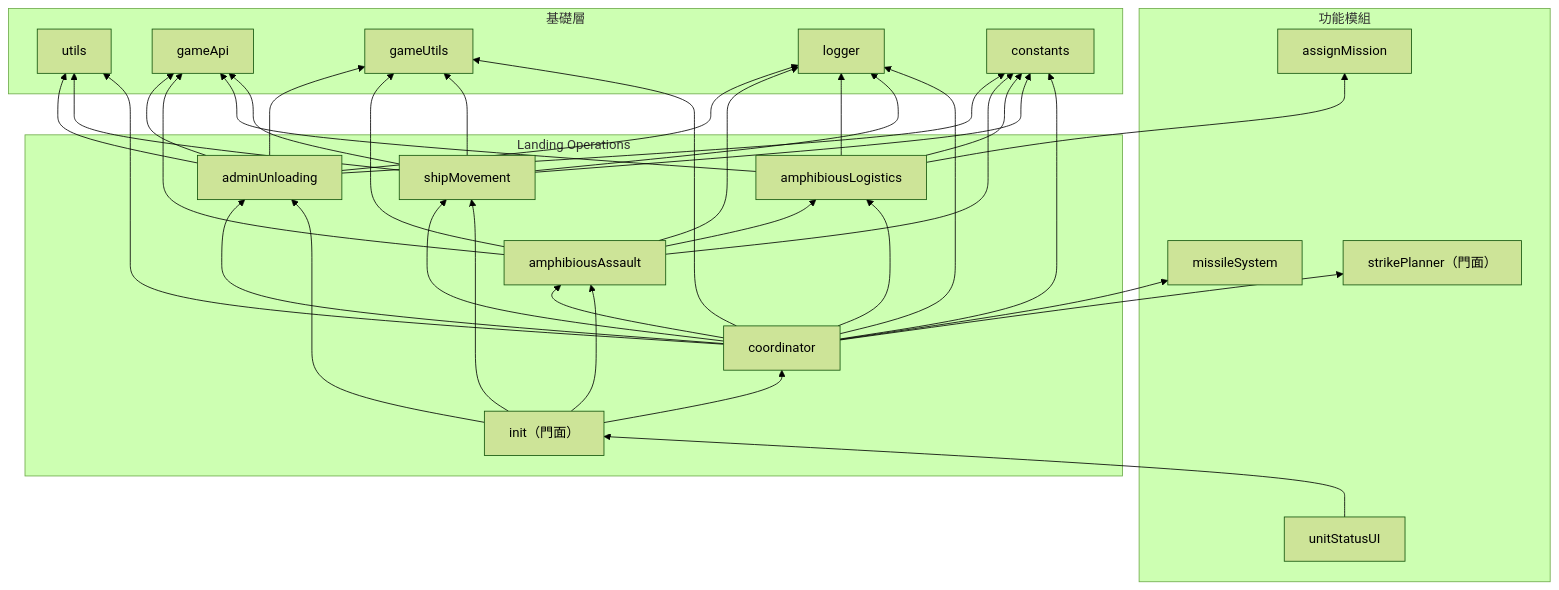
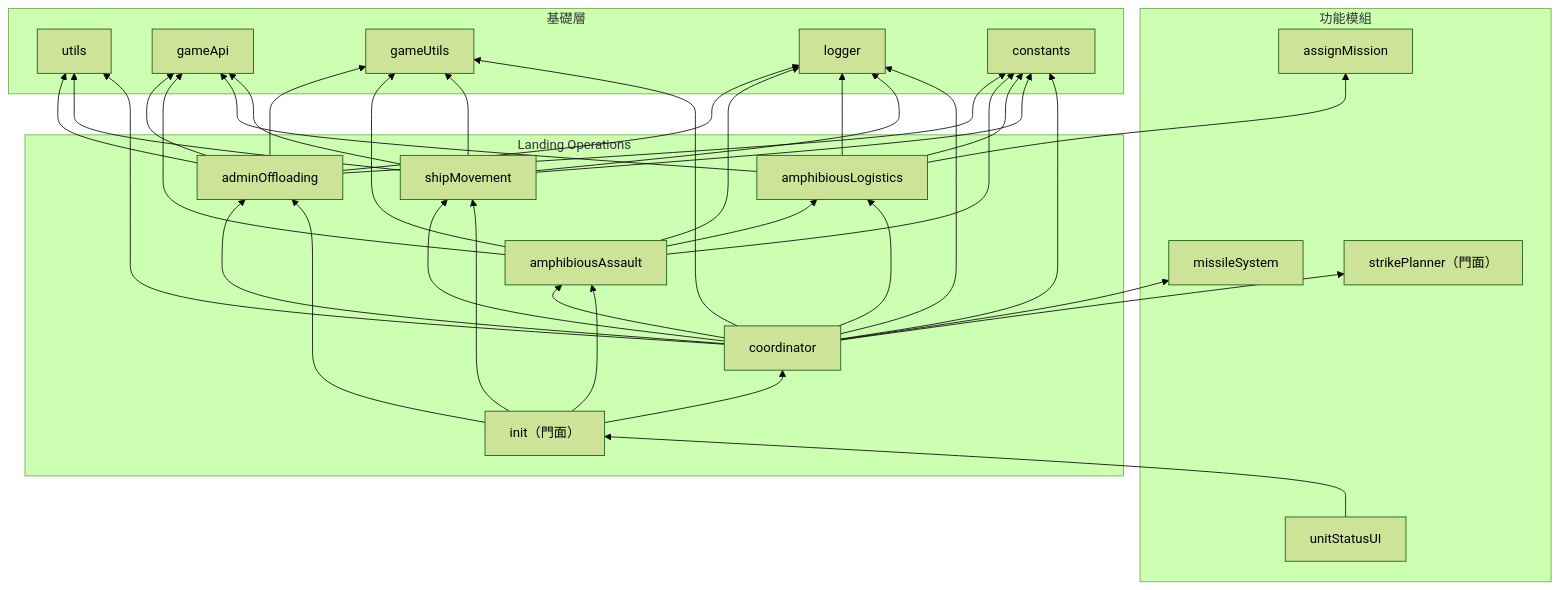
One commit to pullupjumper/formosa-in-flames changed the third of 3 diagrams in docs/landingOps/README.md. Above: the diagram before and after it, drawn with Mermaid (forest theme). The commit also changed other lines of this file and 46 other files, not shown here.

First line of the commit message:
refactor(landingOps): rename unloading to offloading and tidy landingOps naming

````diff
--- a/docs/landingOps/README.md
+++ b/docs/landingOps/README.md
@@ -171,34 +171,34 @@
 ```mermaid
 flowchart BT
     subgraph 基礎層
         UTILS["utils"]
         GAMEAPI["gameApi"]
         GAMEUTILS["gameUtils"]
         LOGGER["logger"]
         CONSTANTS["constants"]
     end
 
     subgraph 功能模組
         ASSIGN["assignMission"]
         MISSILE["missileSystem"]
         UI["unitStatusUI"]
         SP["strikePlanner（門面）"]
     end
 
     subgraph Landing Operations
         INIT["init（門面）"]
         COORD["coordinator"]
         SM["shipMovement"]
         AL["amphibiousLogistics"]
         AA["amphibiousAssault"]
-        SW["adminUnloading"]
+        SW["adminOffloading"]
     end
 
     UI --> INIT
     INIT --> COORD & SM & AA & SW
     COORD --> SM & AL & AA & SW & MISSILE & SP & UTILS & GAMEUTILS & CONSTANTS & LOGGER
     SM --> UTILS & GAMEAPI & GAMEUTILS & CONSTANTS & LOGGER
     AL --> GAMEAPI & ASSIGN & CONSTANTS & LOGGER
     AA --> GAMEAPI & GAMEUTILS & AL & CONSTANTS & LOGGER
     SW --> GAMEAPI & UTILS & GAMEUTILS & CONSTANTS & LOGGER
 ```
````
